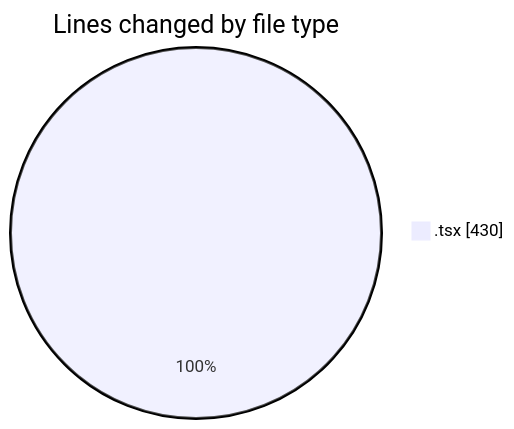
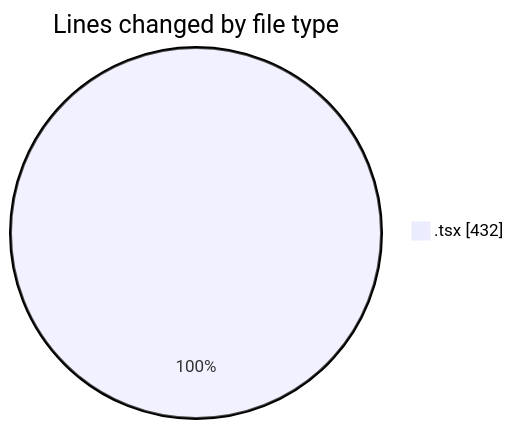
Before and after one commit to nxtqubesakshisongat/code-tracking: the first of 2 diagrams in 2026-01-30/nxtqube_webapp/README.md, drawn with Mermaid. The commit also changed other lines of this file and 1 other file, not shown here.

````diff
--- a/2026-01-30/nxtqube_webapp/README.md
+++ b/2026-01-30/nxtqube_webapp/README.md
@@ -22,5 +22,5 @@
 ```mermaid
 pie showData
 title Lines changed by file type
-".tsx" : 430
+".tsx" : 432
 ```
````
